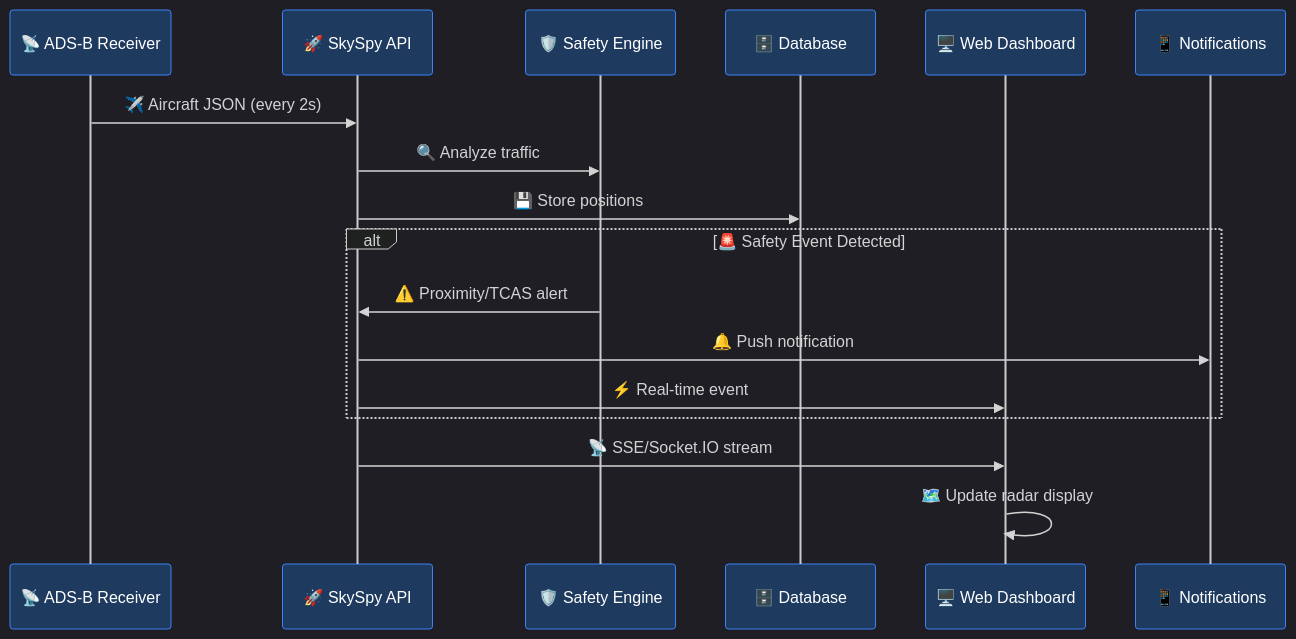
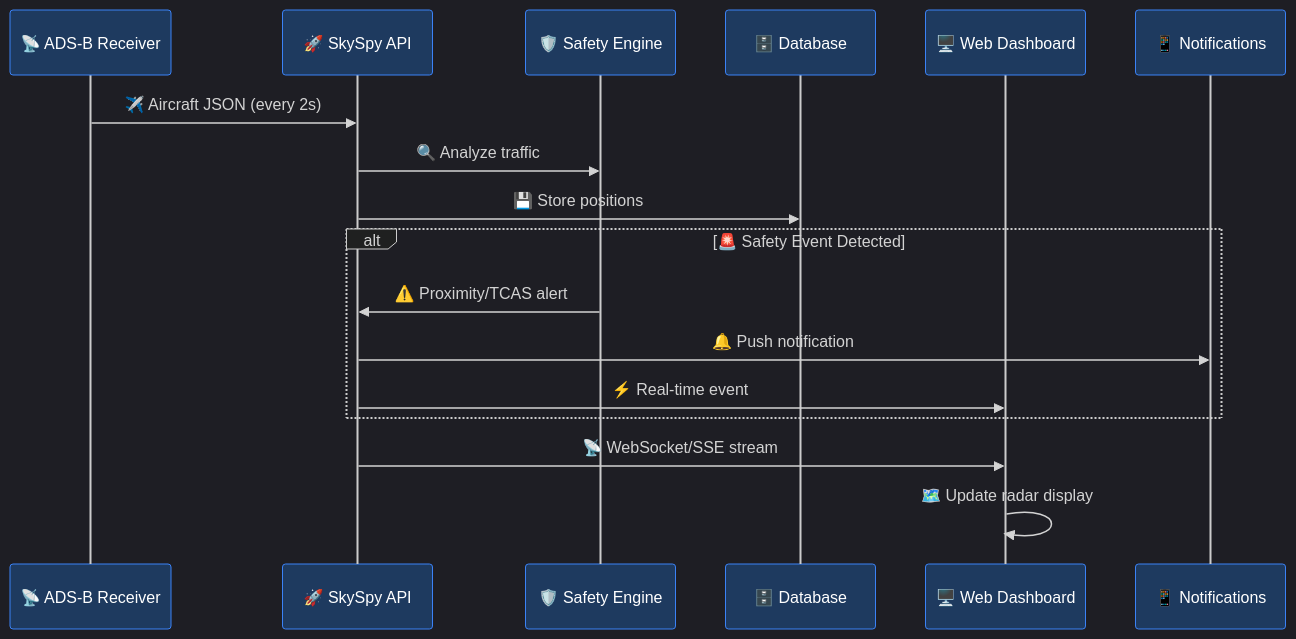
The second of 2 diagrams in docs/Getting Started/overview.md (CHA0S-CORP/SkySpyDocs), drawn with Mermaid before and after one commit. The commit also changed other lines of this file and 94 other files, not shown here.

````diff
--- a/docs/Getting Started/overview.md
+++ b/docs/Getting Started/overview.md
@@ -106,23 +104,23 @@
 ```mermaid
 %%{init: {'theme': 'dark', 'themeVariables': { 'primaryColor': '#3b82f6', 'primaryTextColor': '#fff', 'primaryBorderColor': '#60a5fa', 'lineColor': '#60a5fa', 'actorTextColor': '#fff', 'actorBkg': '#1e3a5f', 'actorBorder': '#3b82f6'}}}%%
 sequenceDiagram
     participant R as 📡 ADS-B Receiver
     participant A as 🚀 SkySpy API
     participant S as 🛡️ Safety Engine
     participant D as 🗄️ Database
     participant W as 🖥️ Web Dashboard
     participant N as 📱 Notifications
 
     R->>A: ✈️ Aircraft JSON (every 2s)
     A->>S: 🔍 Analyze traffic
     A->>D: 💾 Store positions
 
     alt 🚨 Safety Event Detected
         S->>A: ⚠️ Proximity/TCAS alert
         A->>N: 🔔 Push notification
         A->>W: ⚡ Real-time event
     end
 
-    A->>W: 📡 SSE/Socket.IO stream
+    A->>W: 📡 WebSocket/SSE stream
     W->>W: 🗺️ Update radar display
 ```
````
